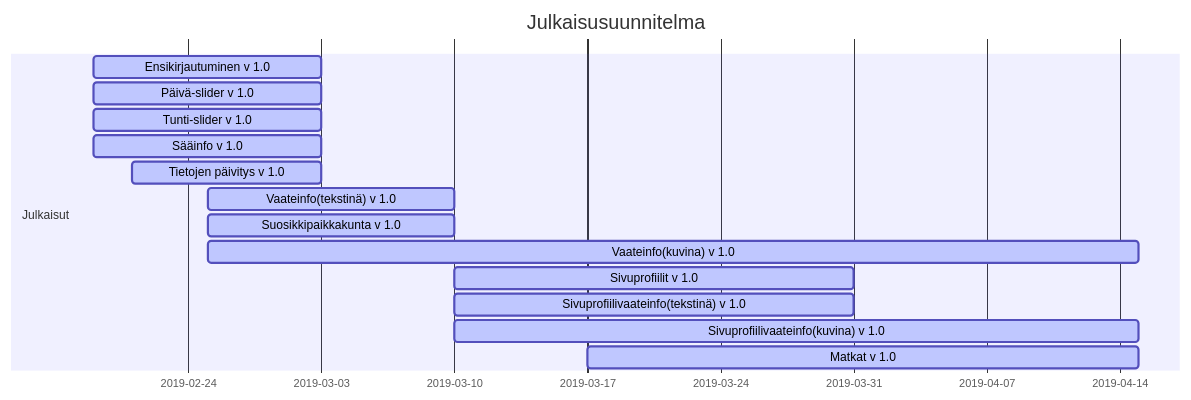
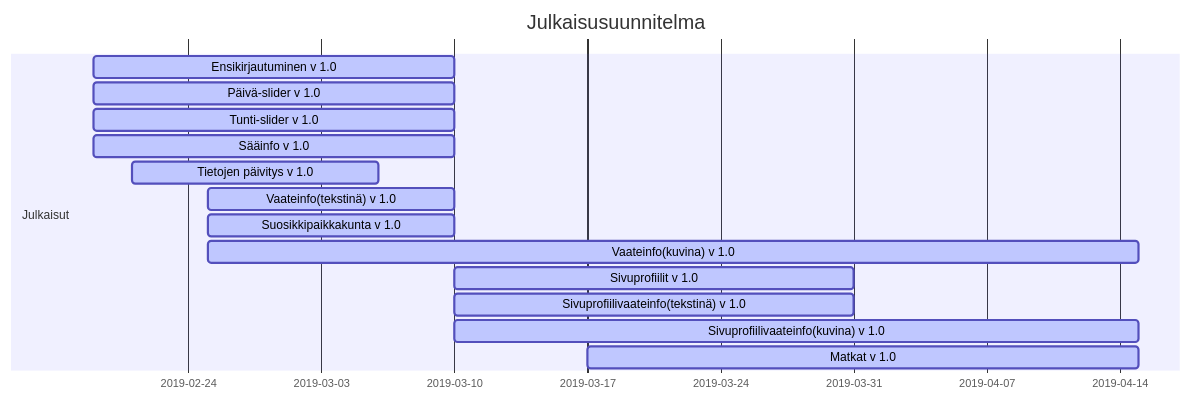
Before and after one commit to martimik/Wear-right-core: the diagram in dokumentit/04-julkaisusuunnitelma/julkaisusuunnitelma.md, drawn with Mermaid. The commit also changed other lines of this file, not shown here.

````diff
--- a/dokumentit/04-julkaisusuunnitelma/julkaisusuunnitelma.md
+++ b/dokumentit/04-julkaisusuunnitelma/julkaisusuunnitelma.md
@@ -4,19 +3,19 @@
 ```mermaid
 gantt
     title Julkaisusuunnitelma
     dateFormat  DD-MM-YYYY
     section Julkaisut
-    Ensikirjautuminen  v 1.0       :active,v 1.0, 19-02-2019, 03-03-2019
-    Päivä-slider  v 1.0     :active,v 1.0, 19-02-2019, 03-03-2019
-    Tunti-slider  v 1.0       :active,v 1.0, 19-02-2019, 03-03-2019
-    Sääinfo  v 1.0       :active,v 1.0, 19-02-2019, 03-03-2019
-    Tietojen päivitys v 1.0 :active,v 1.0, 21-02-2019, 03-03-2019
+    Ensikirjautuminen  v 1.0       :active,v 1.0, 19-02-2019, 10-03-2019
+    Päivä-slider  v 1.0     :active,v 1.0, 19-02-2019, 10-03-2019
+    Tunti-slider  v 1.0       :active,v 1.0, 19-02-2019, 10-03-2019
+    Sääinfo  v 1.0       :active,v 1.0, 19-02-2019, 10-03-2019
+    Tietojen päivitys v 1.0 :active,v 1.0, 21-02-2019, 06-03-2019
     Vaateinfo(tekstinä)     v 1.0       :active,v 1.0, 25-02-2019, 10-03-2019
     Suosikkipaikkakunta v 1.0       :active,v 1.0, 25-02-2019, 10-03-2019
     Vaateinfo(kuvina) v 1.0       :active,v 1.0, 25-02-2019, 15-04-2019
     Sivuprofiilit  v 1.0       :active,v 1.0, 10-03-2019, 31-03-2019
     Sivuprofiilivaateinfo(tekstinä)  v 1.0       :active,v 1.0, 10-03-2019, 31-03-2019
     Sivuprofiilivaateinfo(kuvina)  v 1.0       :active,v 1.0, 10-03-2019, 15-04-2019
     Matkat v 1.0       :active,v 1.0, 17-03-2019, 15-04-2019
 
 ```
````
